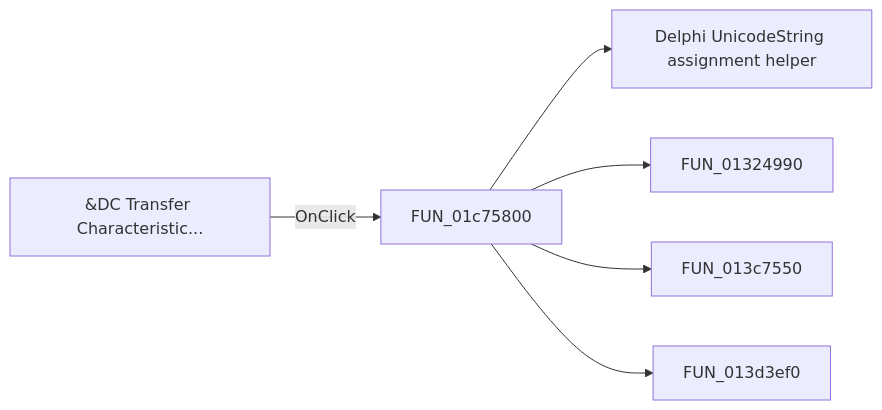
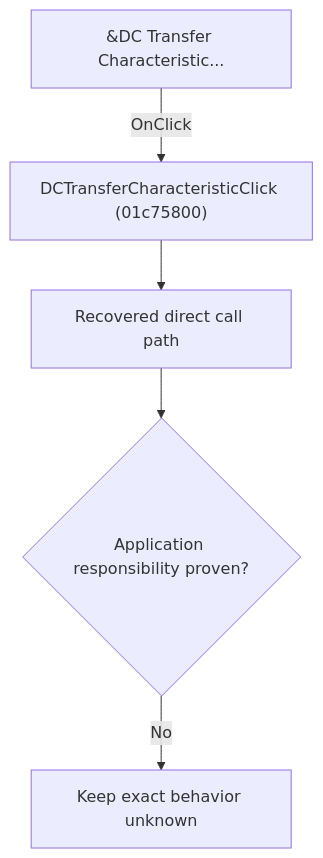
One commit to MovGP0/TIARA changed the diagram in docs/ui-controls/schematiceditor/dctransfercharacteristic-96ebbe6412.md. Above: the diagram before and after it, drawn with Mermaid. The commit also changed other lines of this file and 1062 other files, not shown here.

````diff
--- a/docs/ui-controls/schematiceditor/dctransfercharacteristic-96ebbe6412.md
+++ b/docs/ui-controls/schematiceditor/dctransfercharacteristic-96ebbe6412.md
@@ -27,8 +27,7 @@
 ```mermaid
-flowchart LR
-    control["&DC Transfer Characteristic..."] -->|OnClick| handler["FUN_01c75800"]
-    handler --> call1["Delphi UnicodeString assignment helper"]
-    handler --> call2["FUN_01324990"]
-    handler --> call3["FUN_013c7550"]
-    handler --> call4["FUN_013d3ef0"]
+flowchart TD
+    control["&DC Transfer Characteristic..."] -->|"OnClick"| handler["DCTransferCharacteristicClick (01c75800)"]
+    handler --> recovered["Recovered direct call path"]
+    recovered --> gap{"Application responsibility proven?"}
+    gap -->|"No"| blocked["Keep exact behavior unknown"]
 ```
````
